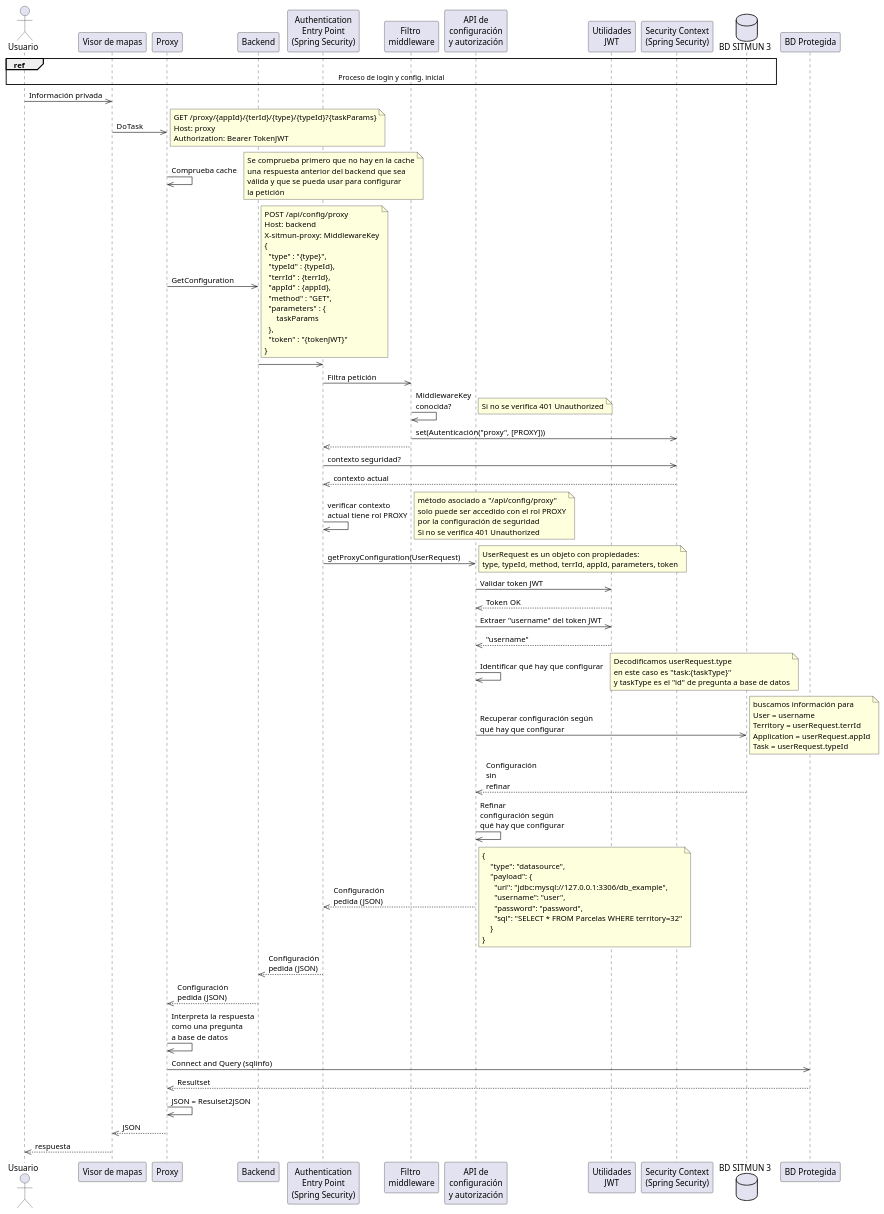
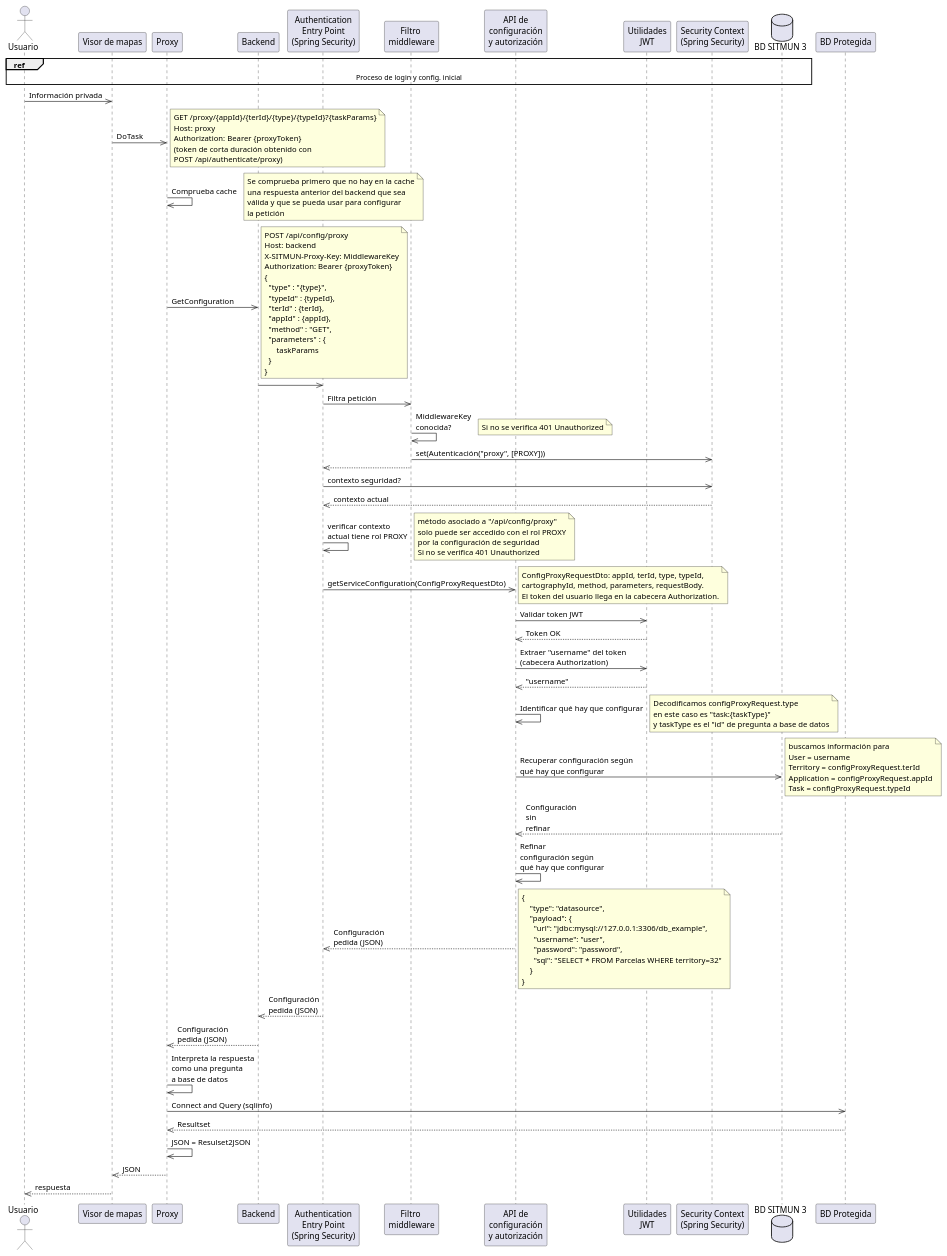
The fifth of 7 diagrams in docs/que-es-sitmun/plataforma/arquitectura/index.md (sitmun/sitmun.github.io), drawn with PlantUML before and after one commit. The commit also changed other lines of this file and 34 other files, not shown here.

First line of the commit message:
Merge pull request #16 from sitmun/docs/sync-content-with-1.3.0

```diff
--- a/docs/que-es-sitmun/plataforma/arquitectura/index.md
+++ b/docs/que-es-sitmun/plataforma/arquitectura/index.md
@@ -645,7 +647,9 @@
 note right
  GET /proxy/{appId}/{terId}/{type}/{typeId}?{taskParams}
  Host: proxy
- Authorization: Bearer TokenJWT
+ Authorization: Bearer {proxyToken}
+ (token de corta duración obtenido con
+ POST /api/authenticate/proxy)
 end note
 Proxy ->> Proxy: Comprueba cache
 note right
@@ -658,17 +662,17 @@
 note right
  POST /api/config/proxy
  Host: backend
- X-sitmun-proxy: MiddlewareKey
+ X-SITMUN-Proxy-Key: MiddlewareKey
+ Authorization: Bearer {proxyToken}
  {
    "type" : "{type}",
    "typeId" : {typeId},
-   "terrId" : {terrId},
+   "terId" : {terId},
    "appId" : {appId},
    "method" : "GET",
    "parameters" : {
        taskParams
-   },
-   "token" : "{tokenJWT}"    
+   }
  }
 end note
 
@@ -689,18 +693,19 @@
   por la configuración de seguridad
   Si no se verifica 401 Unauthorized
 end note
-AuthenticationEntryPoint ->> ConfigurationAPI: getProxyConfiguration(UserRequest)
+AuthenticationEntryPoint ->> ConfigurationAPI: getServiceConfiguration(ConfigProxyRequestDto)
 note right
-  UserRequest es un objeto con propiedades: 
-  type, typeId, method, terrId, appId, parameters, token
+  ConfigProxyRequestDto: appId, terId, type, typeId,
+  cartographyId, method, parameters, requestBody.
+  El token del usuario llega en la cabecera Authorization.
 end note
 ConfigurationAPI ->> JWTUtils: Validar token JWT
 JWTUtils -->> ConfigurationAPI: Token OK
-ConfigurationAPI ->> JWTUtils: Extraer "username" del token JWT
+ConfigurationAPI ->> JWTUtils: Extraer "username" del token\n(cabecera Authorization)
 JWTUtils -->> ConfigurationAPI: "username"
 ConfigurationAPI ->> ConfigurationAPI: Identificar qué hay que configurar 
 note right
-  Decodificamos userRequest.type
+  Decodificamos configProxyRequest.type
   en este caso es "task:{taskType}"
   y taskType es el "id" de pregunta a base de datos
 end note
@@ -708,9 +713,9 @@
 note right
   buscamos información para 
   User = username
-  Territory = userRequest.terrId
-  Application = userRequest.appId
-  Task = userRequest.typeId
+  Territory = configProxyRequest.terId
+  Application = configProxyRequest.appId
+  Task = configProxyRequest.typeId
 end note
 Database -->> ConfigurationAPI: Configuración\nsin\nrefinar
 ConfigurationAPI ->> ConfigurationAPI: Refinar\nconfiguración según\nqué hay que configurar
```
